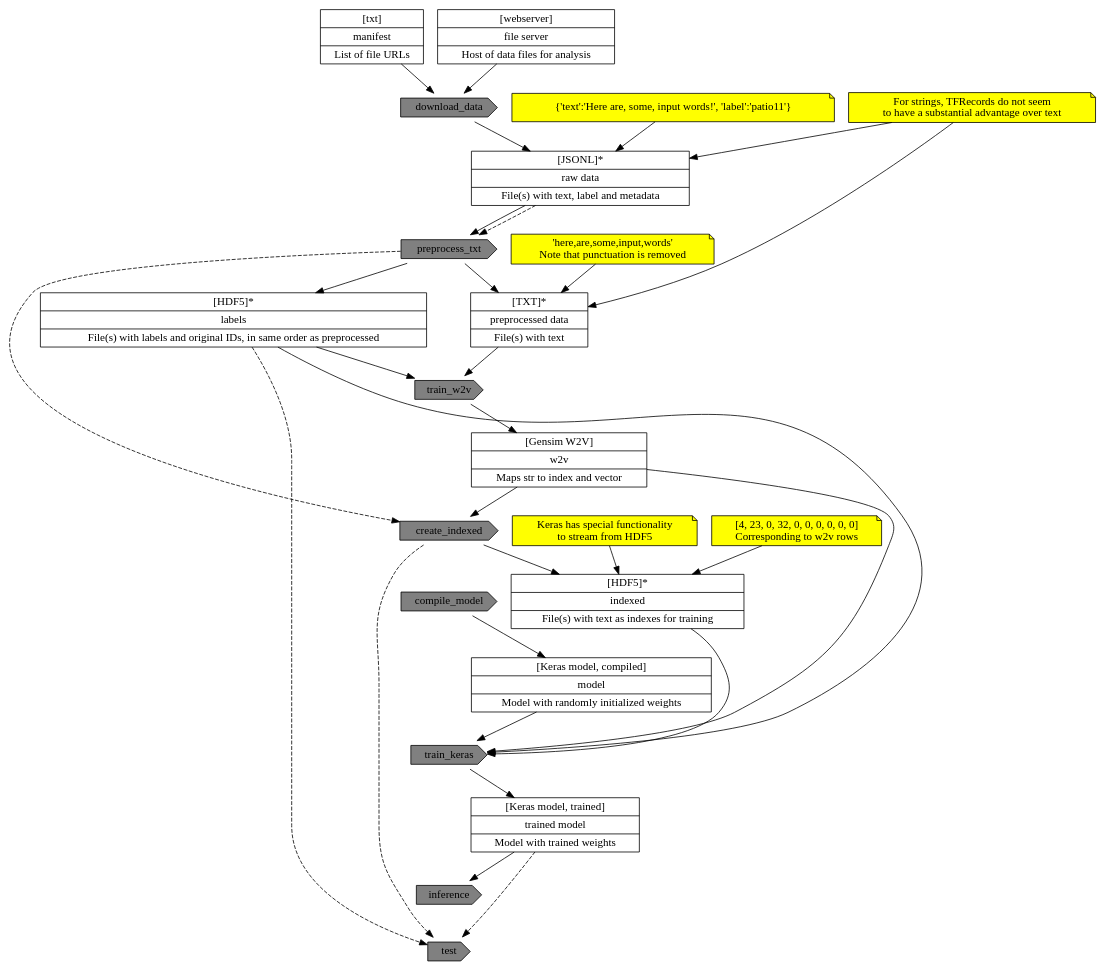
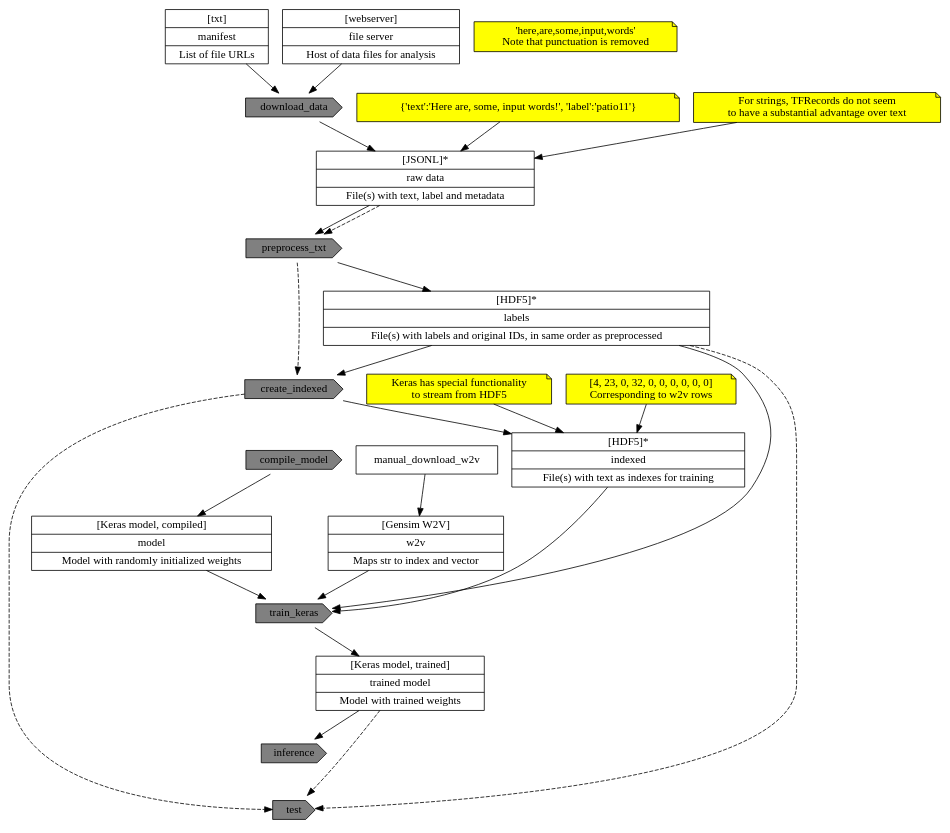
The diagram in simple_keras.dot (matthewwritter/keras_sandbox01), drawn with Graphviz before and after one commit.

Commit message:
moved the pieces

```diff
--- a/simple_keras.dot
+++ b/simple_keras.dot
@@ -1,43 +1,42 @@
 digraph G {
 
 node [shape=cds style=filled fillcolor=gray]
 
-download_data -> preprocess_txt -> train_w2v -> create_indexed -> compile_model -> train_keras -> inference -> test [weight=100 style="invis"]
+download_data -> preprocess_txt -> create_indexed -> compile_model -> train_keras -> inference -> test [weight=100 style="invis"]
 
 
 
 # w2v wants list of prestrings
 
 node [shape=record fillcolor=white]
 manifest [label="{[txt]|manifest|List of file URLs}"]
 server [label="{[webserver]|file server|Host of data files for analysis}"]
 downloaded [label="{[JSONL]*|raw data|File(s) with text, label and metadata}"]
-preprocessed [label="{[TXT]*|preprocessed data|File(s) with text}"]
 labels [label="{[HDF5]*|labels|File(s) with labels and original IDs, in same order as preprocessed}"]
 w2v [label="{[Gensim W2V]|w2v|Maps str to index and vector}"]
 indexed [label="{[HDF5]*|indexed|File(s) with text as indexes for training}"]
 model [label="{[Keras model, compiled]|model|Model with randomly initialized weights}"]
 model_trained [label="{[Keras model, trained]|trained model|Model with trained weights}"]
 
-{manifest server} -> download_data -> downloaded -> preprocess_txt -> {preprocessed labels} -> train_w2v -> w2v -> create_indexed -> indexed [weight=50]
+{manifest server} -> download_data -> downloaded -> preprocess_txt -> {labels} -> create_indexed -> indexed [weight=50]
 compile_model -> model
+manual_download_w2v -> w2v
 {indexed labels w2v model} -> train_keras -> model_trained -> inference
 
 
 
 node [shape=note style=filled fillcolor=yellow]
 note01 [label="For strings, TFRecords do not seem\nto have a substantial advantage over text"]
 #note02 [label="'Here are input words'"]
 note02 [label="{'text':'Here are, some, input words!', 'label':'patio11'}"]
 note03 [label="'here,are,some,input,words'\nNote that punctuation is removed"]
 note04 [label="[4, 23, 0, 32, 0, 0, 0, 0, 0, 0]\nCorresponding to w2v rows"]
 note05 [label="Keras has special functionality\nto stream from HDF5"]
 {note01 note02} -> downloaded
-{note01 note03} -> preprocessed
 {note04 note05} -> indexed
 
 
 # {node [shape=cds style=dotted color=black] preprocess_txt_dotted create_indexed_dotted}
 downloaded -> preprocess_txt -> create_indexed -> test [style=dashed weight=1]
 {model_trained, labels} -> test [style=dashed weight=1]
 }
```
